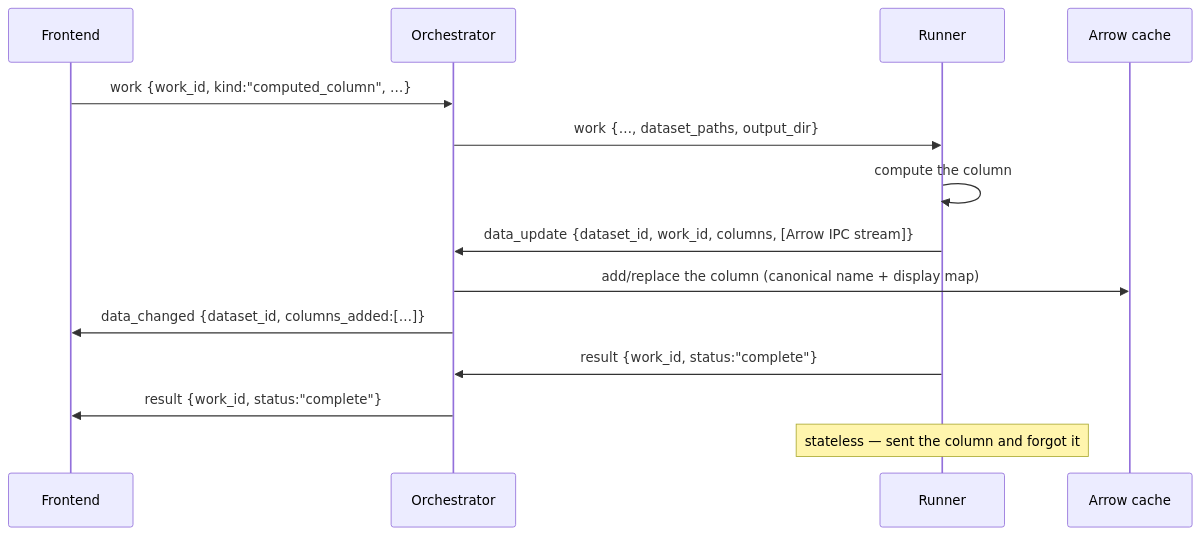
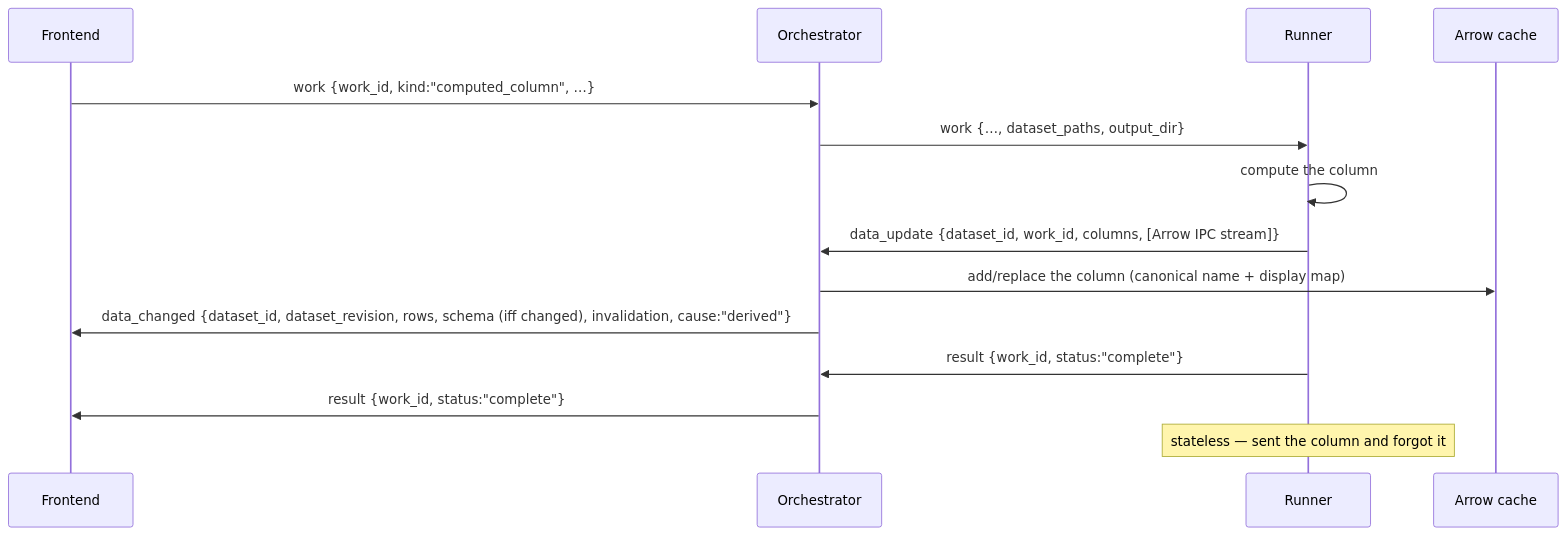
One commit to RensDofferhoff/jasp-desktop changed diagram 13 of 14 in refactor_design/neo-jasp.md. Above: the diagram before and after it, drawn with Mermaid. The commit also changed other lines of this file, not shown here.

````diff
--- a/refactor_design/neo-jasp.md
+++ b/refactor_design/neo-jasp.md
@@ -2914,17 +3007,17 @@
 ```mermaid
 sequenceDiagram
     participant FE as Frontend
     participant OR as Orchestrator
     participant RU as Runner
     participant CA as Arrow cache
 
     FE->>OR: work {work_id, kind:"computed_column", …}
     OR->>RU: work {…, dataset_paths, output_dir}
     RU->>RU: compute the column
     RU->>OR: data_update {dataset_id, work_id, columns, [Arrow IPC stream]}
     OR->>CA: add/replace the column (canonical name + display map)
-    OR->>FE: data_changed {dataset_id, columns_added:[…]}
+    OR->>FE: data_changed {dataset_id, dataset_revision, rows, schema (iff changed), invalidation, cause:"derived"}
     RU->>OR: result {work_id, status:"complete"}
     OR->>FE: result {work_id, status:"complete"}
     Note over RU: stateless — sent the column and forgot it
 ```
````
